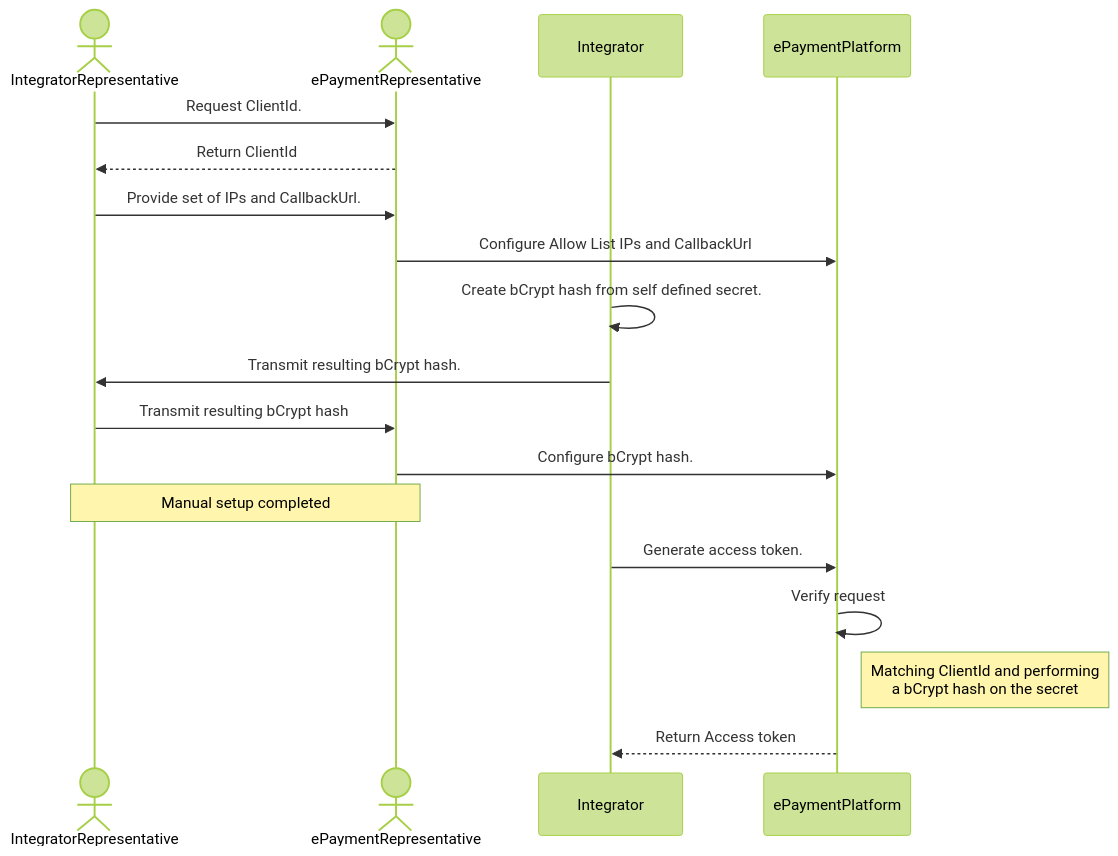
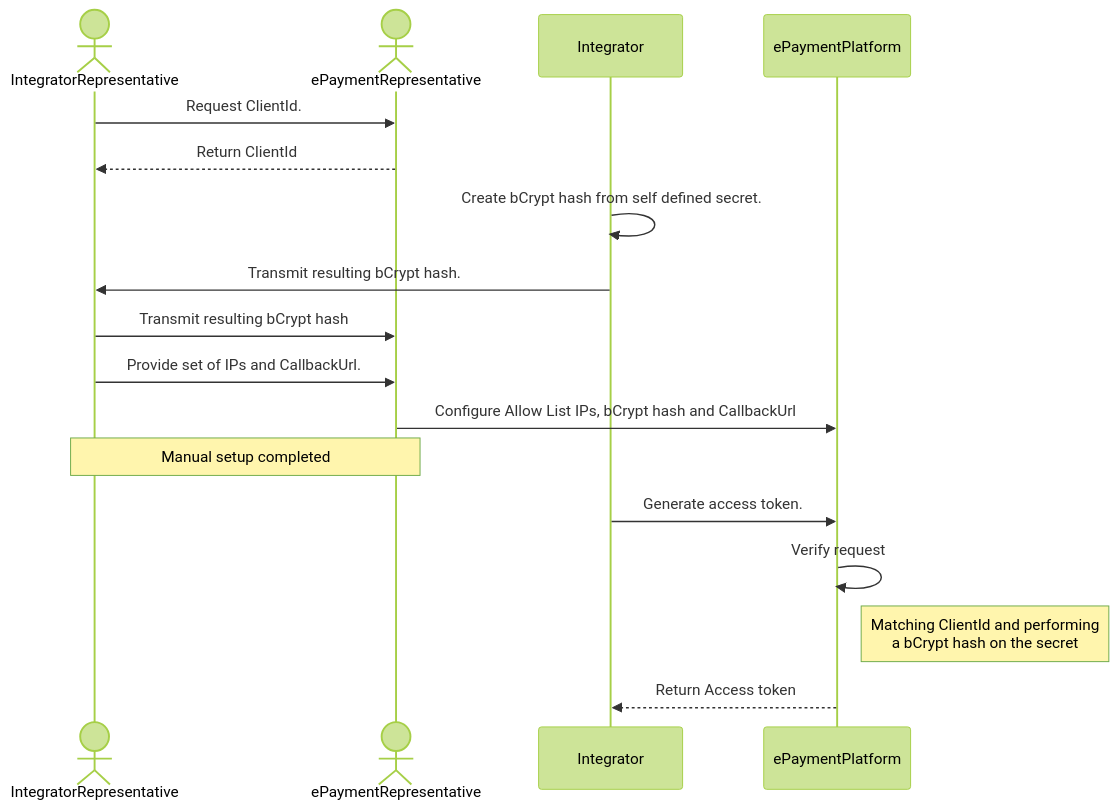
The first of 2 diagrams in GettingStarted.md (BankAxept/bankaxept-epayment-development-kit), drawn with Mermaid (forest theme) before and after one commit.

Commit message:
aligned order of setup steps

````diff
--- a/GettingStarted.md
+++ b/GettingStarted.md
@@ -42,25 +42,24 @@
 ```mermaid
 sequenceDiagram
     actor IntegratorRepresentative
     actor ePaymentRepresentative
     participant Integrator
     participant ePaymentPlatform
     
     IntegratorRepresentative ->> ePaymentRepresentative: Request ClientId.
     ePaymentRepresentative -->> IntegratorRepresentative: Return ClientId
 
-    IntegratorRepresentative ->> ePaymentRepresentative: Provide set of IPs and CallbackUrl.
-    ePaymentRepresentative ->> ePaymentPlatform: Configure Allow List IPs and CallbackUrl
-    
     Integrator ->> Integrator: Create bCrypt hash from self defined secret.
     Integrator ->> IntegratorRepresentative: Transmit resulting bCrypt hash.
     IntegratorRepresentative ->> ePaymentRepresentative: Transmit resulting bCrypt hash
-    ePaymentRepresentative ->> ePaymentPlatform: Configure bCrypt hash.
+
+    IntegratorRepresentative ->> ePaymentRepresentative: Provide set of IPs and CallbackUrl.
+    ePaymentRepresentative ->> ePaymentPlatform: Configure Allow List IPs, bCrypt hash and CallbackUrl
+    
     Note over IntegratorRepresentative,ePaymentRepresentative: Manual setup completed
     
     Integrator ->> ePaymentPlatform: Generate access token.
     ePaymentPlatform ->> ePaymentPlatform: Verify request 
     Note right of ePaymentPlatform: Matching ClientId and performing <br/> a bCrypt hash on the secret
     ePaymentPlatform -->> Integrator: Return Access token
-
 ```
````
